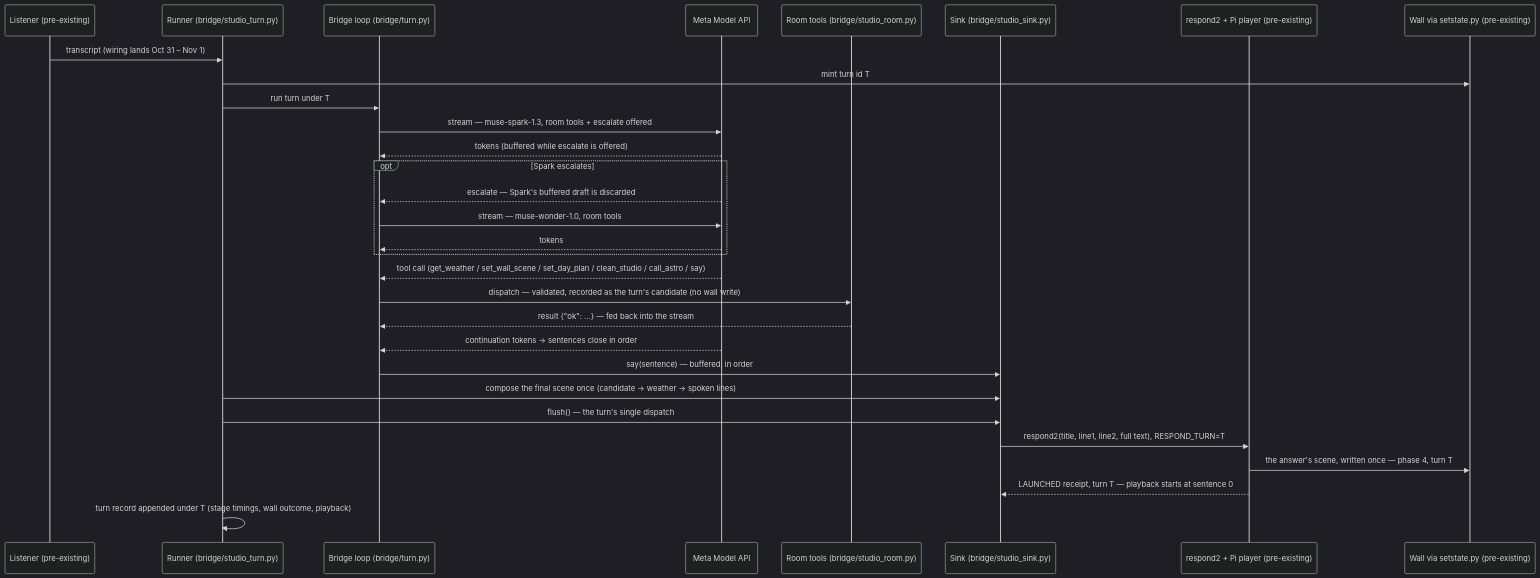
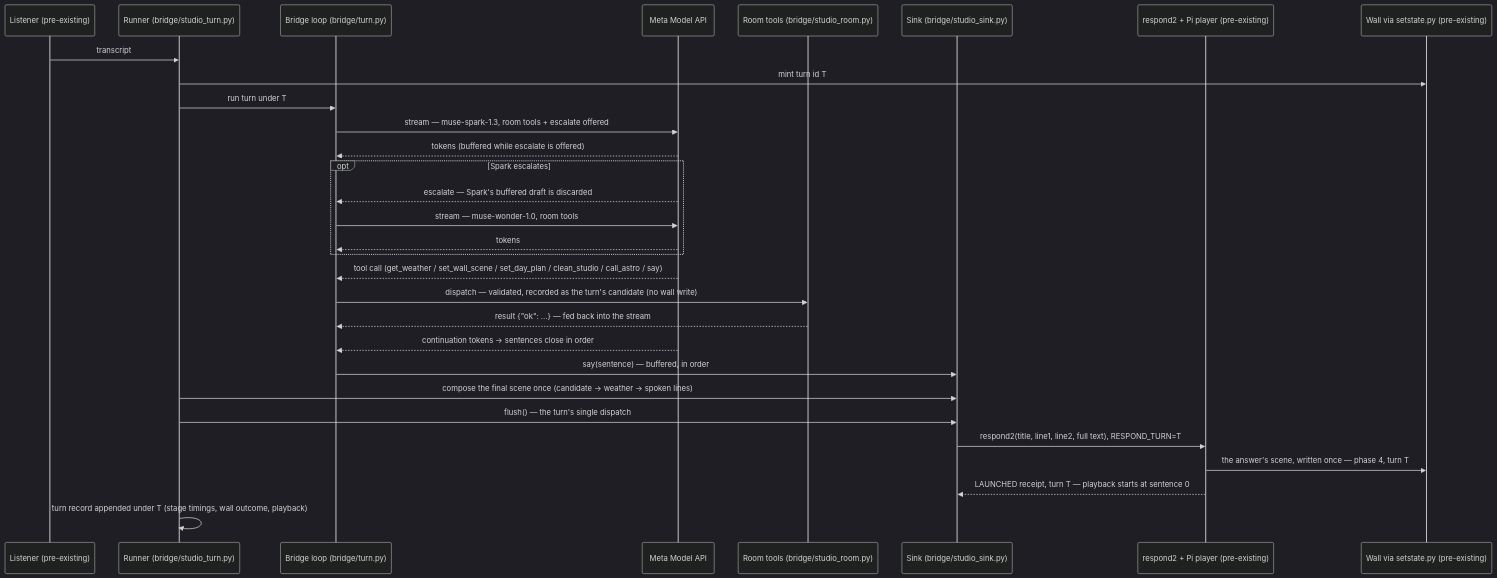
The diagram in README.md (ztdgtll/musez-home), drawn with Mermaid (dark theme) before and after one commit. The commit also changed other lines of this file, not shown here.

````diff
--- a/README.md
+++ b/README.md
@@ -77,32 +77,32 @@
 ```mermaid
 sequenceDiagram
     participant L as Listener (pre-existing)
     participant R as Runner (bridge/studio_turn.py)
     participant B as Bridge loop (bridge/turn.py)
     participant M as Meta Model API
     participant Room as Room tools (bridge/studio_room.py)
     participant S as Sink (bridge/studio_sink.py)
     participant P as respond2 + Pi player (pre-existing)
     participant W as Wall via setstate.py (pre-existing)
-    L->>R: transcript (wiring lands Oct 31 – Nov 1)
+    L->>R: transcript
     R->>W: mint turn id T
     R->>B: run turn under T
     B->>M: stream — muse-spark-1.3, room tools + escalate offered
     M-->>B: tokens (buffered while escalate is offered)
     opt Spark escalates
         M-->>B: escalate — Spark's buffered draft is discarded
         B->>M: stream — muse-wonder-1.0, room tools
         M-->>B: tokens
     end
     M-->>B: tool call (get_weather / set_wall_scene / set_day_plan / clean_studio / call_astro / say)
     B->>Room: dispatch — validated, recorded as the turn's candidate (no wall write)
     Room-->>B: result {"ok": ...} — fed back into the stream
     M-->>B: continuation tokens → sentences close in order
     B->>S: say(sentence) — buffered, in order
     R->>S: compose the final scene once (candidate → weather → spoken lines)
     R->>S: flush() — the turn's single dispatch
     S->>P: respond2(title, line1, line2, full text), RESPOND_TURN=T
     P->>W: the answer's scene, written once — phase 4, turn T
     P-->>S: LAUNCHED receipt, turn T — playback starts at sentence 0
     R->>R: turn record appended under T (stage timings, wall outcome, playback)
 ```
````
